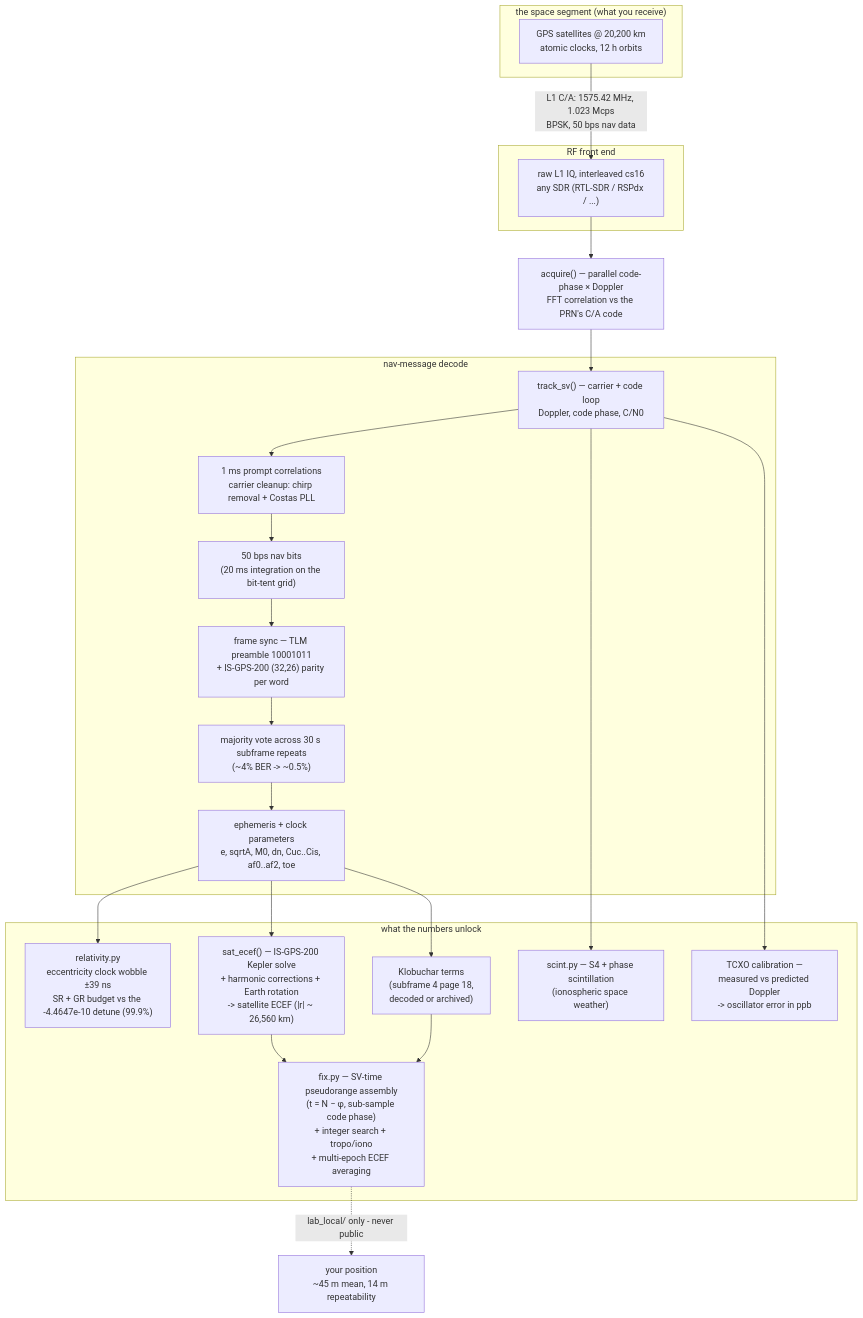
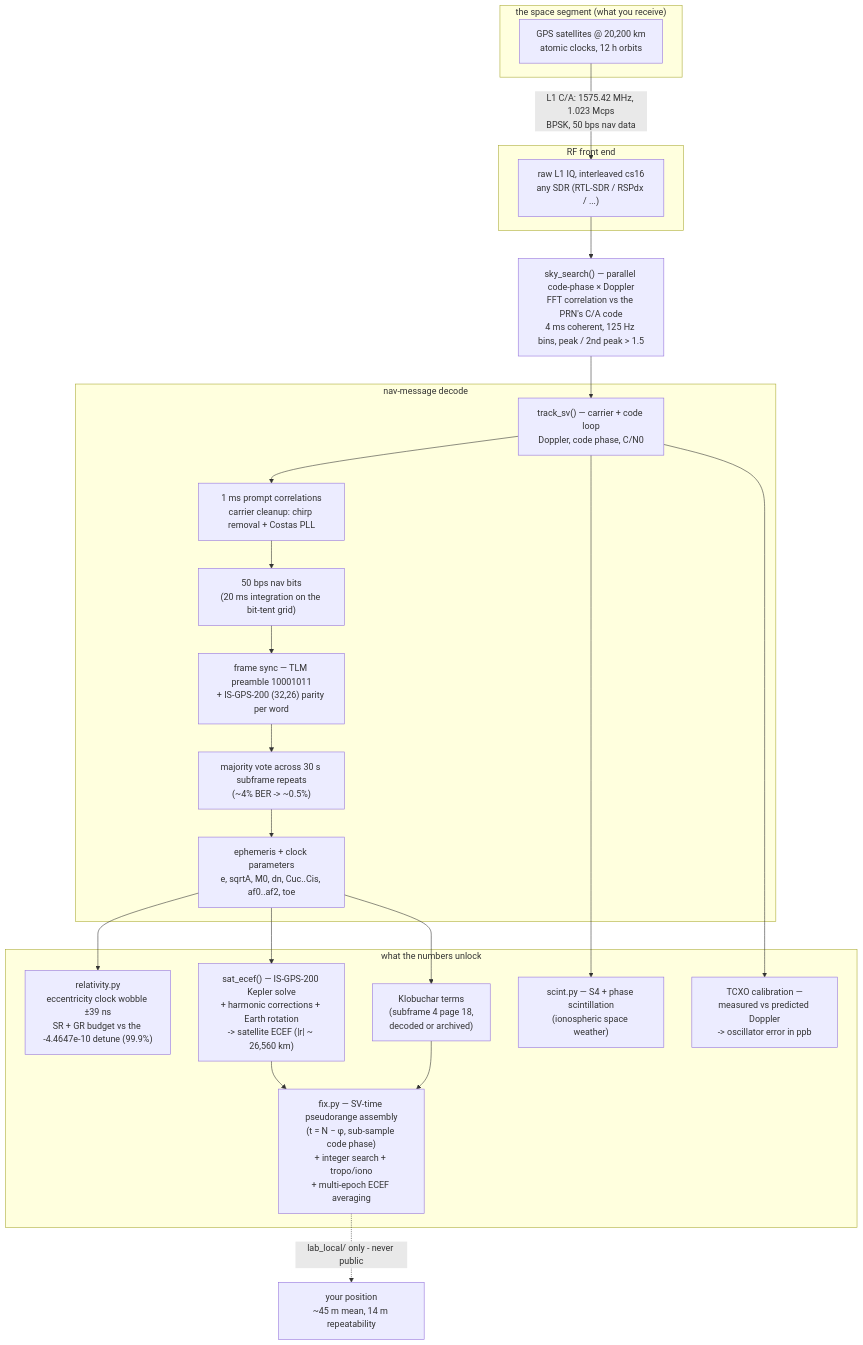
Before and after one commit to Felbs/numpy-gps: the first of 2 diagrams in README.md, drawn with Mermaid. The commit also changed other lines of this file and 4 other files, not shown here.

````diff
--- a/README.md
+++ b/README.md
@@ -98,32 +108,32 @@
 ```mermaid
 flowchart TD
   subgraph SPACE["the space segment (what you receive)"]
     SV["GPS satellites @ 20,200 km<br/>atomic clocks, 12 h orbits"]
   end
   SV -->|"L1 C/A: 1575.42 MHz, 1.023 Mcps<br/>BPSK, 50 bps nav data"| IQ
 
   subgraph FRONT["RF front end"]
     IQ["raw L1 IQ, interleaved cs16<br/>any SDR (RTL-SDR / RSPdx / ...)"]
   end
-  IQ --> ACQ["acquire() — parallel code-phase × Doppler<br/>FFT correlation vs the PRN's C/A code"]
+  IQ --> ACQ["sky_search() — parallel code-phase × Doppler<br/>FFT correlation vs the PRN's C/A code<br/>4 ms coherent, 125 Hz bins, peak / 2nd peak &gt; 1.5"]
   ACQ --> TRK["track_sv() — carrier + code loop<br/>Doppler, code phase, C/N0"]
 
   subgraph DECODE["nav-message decode"]
     TRK --> PR["1 ms prompt correlations<br/>carrier cleanup: chirp removal + Costas PLL"]
     PR --> BITS["50 bps nav bits<br/>(20 ms integration on the bit-tent grid)"]
     BITS --> FR["frame sync — TLM preamble 10001011<br/>+ IS-GPS-200 (32,26) parity per word"]
     FR --> VOTE["majority vote across 30 s subframe repeats<br/>(~4% BER -&gt; ~0.5%)"]
     VOTE --> EPH["ephemeris + clock parameters<br/>e, sqrtA, M0, dn, Cuc..Cis, af0..af2, toe"]
   end
 
   subgraph SCI["what the numbers unlock"]
     EPH --> REL["relativity.py<br/>eccentricity clock wobble &plusmn;39 ns<br/>SR + GR budget vs the -4.4647e-10 detune (99.9%)"]
     EPH --> ECEF["sat_ecef() — IS-GPS-200 Kepler solve<br/>+ harmonic corrections + Earth rotation<br/>-&gt; satellite ECEF (|r| ~ 26,560 km)"]
     TRK --> SCINT["scint.py — S4 + phase scintillation<br/>(ionospheric space weather)"]
     TRK --> TCXO["TCXO calibration —<br/>measured vs predicted Doppler<br/>-&gt; oscillator error in ppb"]
     EPH --> IONO["Klobuchar terms<br/>(subframe 4 page 18,<br/>decoded or archived)"]
     ECEF --> FIX["fix.py — SV-time pseudorange assembly<br/>(t = N &minus; &phi;, sub-sample code phase)<br/>+ integer search + tropo/iono<br/>+ multi-epoch ECEF averaging"]
     IONO --> FIX
   end
   FIX -. "lab_local/ only - never public" .-> LOC["your position<br/>~45 m mean, 14 m repeatability"]
 ```
````
